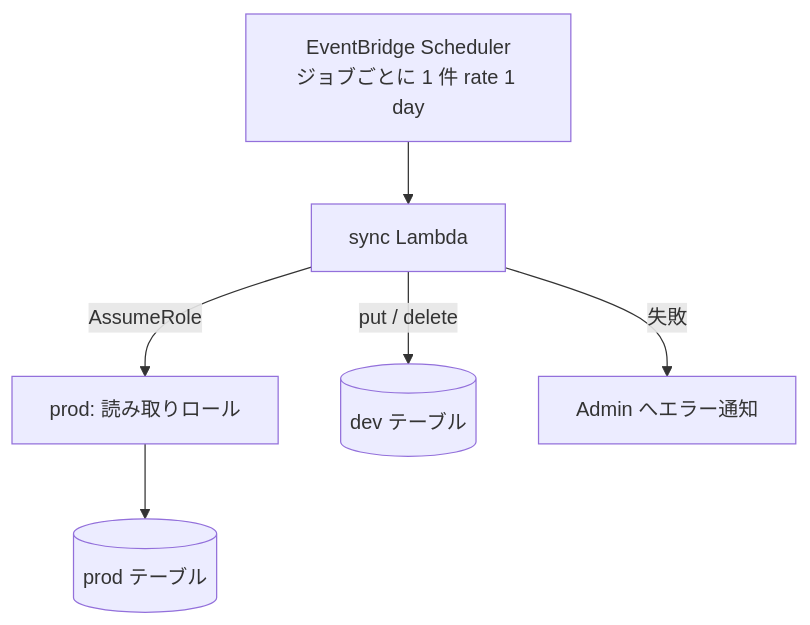
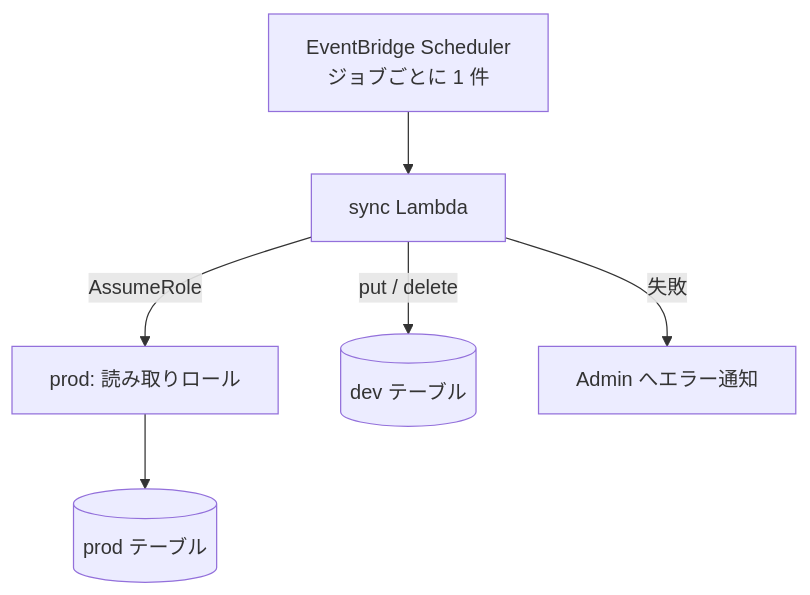
One commit to nagiyu/nagiyu-platform changed the second of 2 diagrams in docs/services/dev-sync/specs/batch/sync.md. Above: the diagram before and after it, drawn with Mermaid. The commit also changed other lines of this file and 3 other files, not shown here.

````diff
--- a/docs/services/dev-sync/specs/batch/sync.md
+++ b/docs/services/dev-sync/specs/batch/sync.md
@@ -129,8 +99,8 @@
 ```mermaid
 flowchart TD
-    SC[EventBridge Scheduler<br/>ジョブごとに 1 件 rate 1 day] --> L[sync Lambda]
+    SC[EventBridge Scheduler<br/>ジョブごとに 1 件] --> L[sync Lambda]
     L -->|AssumeRole| R[prod: 読み取りロール]
     R --> P[(prod テーブル)]
     L -->|put / delete| D[(dev テーブル)]
     L -->|失敗| AD[Admin へエラー通知]
 ```
````
